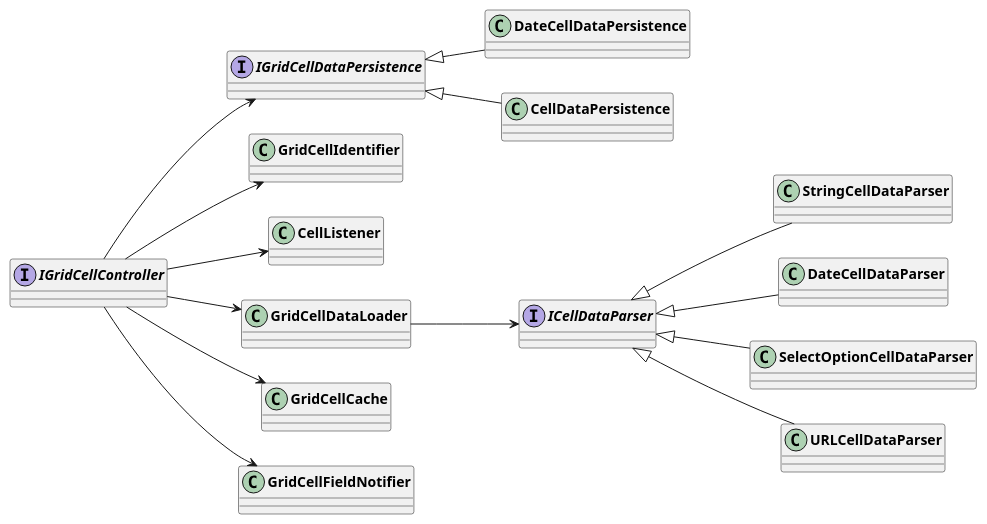
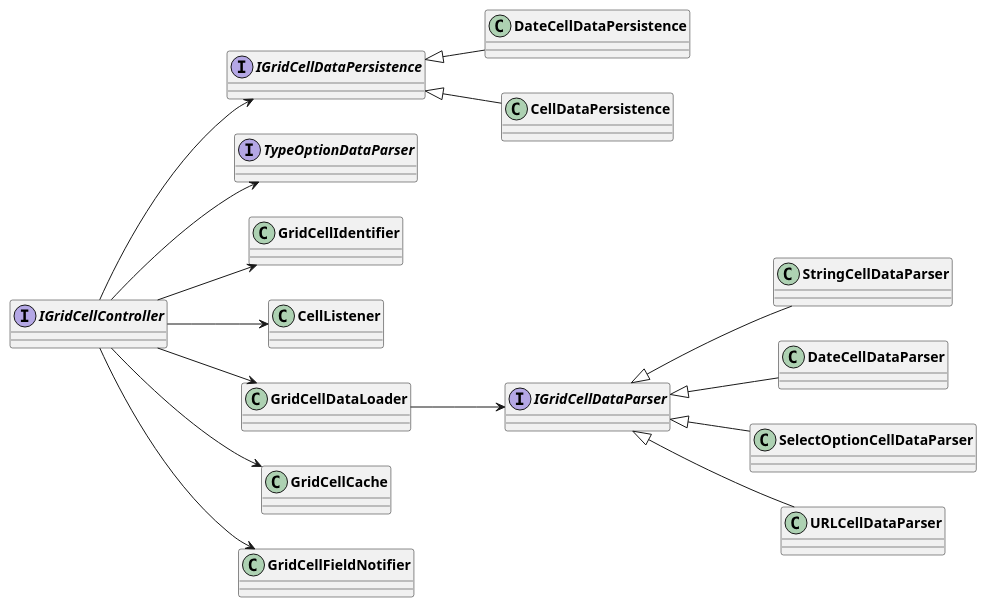
Before and after one commit to AppFlowy-IO/AppFlowy-Docs: the third of 3 diagrams in uml/dart_classes/grid_cells.plantuml, drawn with PlantUML. The commit also changed other lines of this file and 3 other files, not shown here.

Commit message:
chore: update diagrams

```diff
--- a/uml/dart_classes/grid_cells.plantuml
+++ b/uml/dart_classes/grid_cells.plantuml
@@ -48,37 +44,39 @@
 @startuml Grid Cell Controller
 skinparam classFontStyle Bold
 skinparam ActivityBackgroundColor Silver
 skinparam ActivityBorderColor DimGray
 left to right direction
 
 interface IGridCellDataPersistence
 interface IGridCellController
-interface ICellDataParser
+interface IGridCellDataParser
+interface TypeOptionDataParser
 
 IGridCellController --> GridCellIdentifier
 IGridCellController --> CellListener
+IGridCellController --> TypeOptionDataParser
 
 'Data loader
 IGridCellController --> GridCellDataLoader
-GridCellDataLoader --> ICellDataParser
+GridCellDataLoader --> IGridCellDataParser
 
 'Data parser
-StringCellDataParser -u-|> ICellDataParser
-DateCellDataParser -u-|> ICellDataParser
-SelectOptionCellDataParser -u-|> ICellDataParser
-URLCellDataParser -u-|> ICellDataParser
+StringCellDataParser -u-|> IGridCellDataParser
+DateCellDataParser -u-|> IGridCellDataParser
+SelectOptionCellDataParser -u-|> IGridCellDataParser
+URLCellDataParser -u-|> IGridCellDataParser
 
 'Cache
 IGridCellController --> GridCellCache
 
 
 'Persistence
 IGridCellController --> IGridCellDataPersistence
 DateCellDataPersistence -u-|> IGridCellDataPersistence
 CellDataPersistence -u-|> IGridCellDataPersistence
 
 
 'Field
 IGridCellController --> GridCellFieldNotifier
 
 @enduml
```
